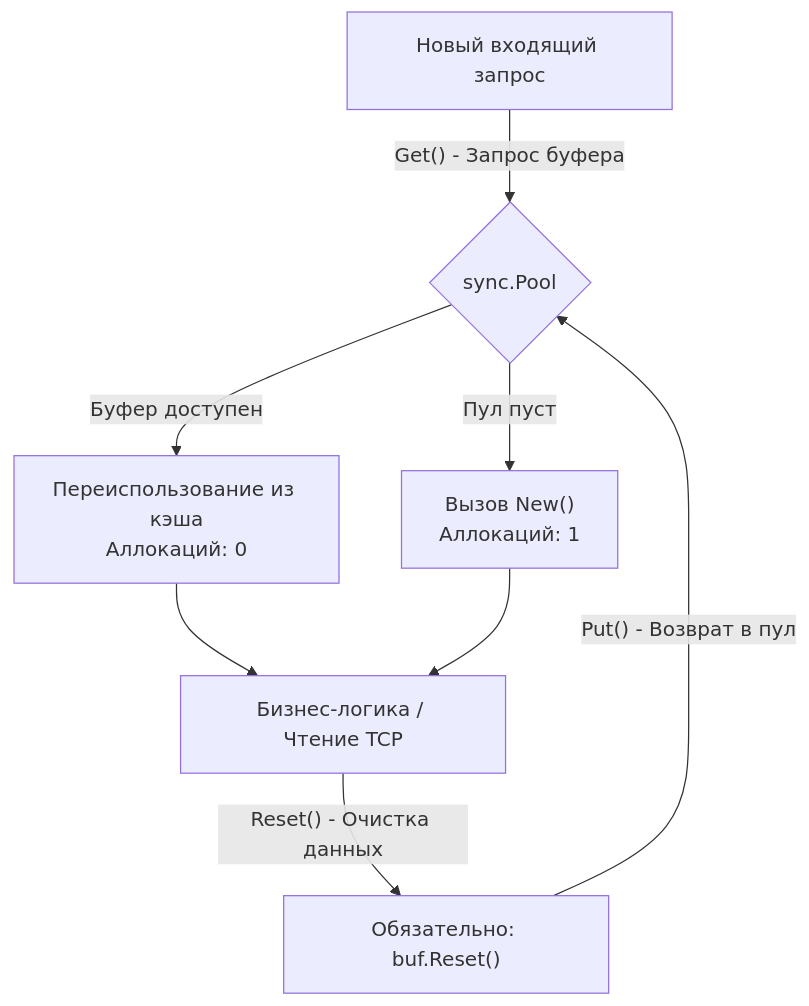
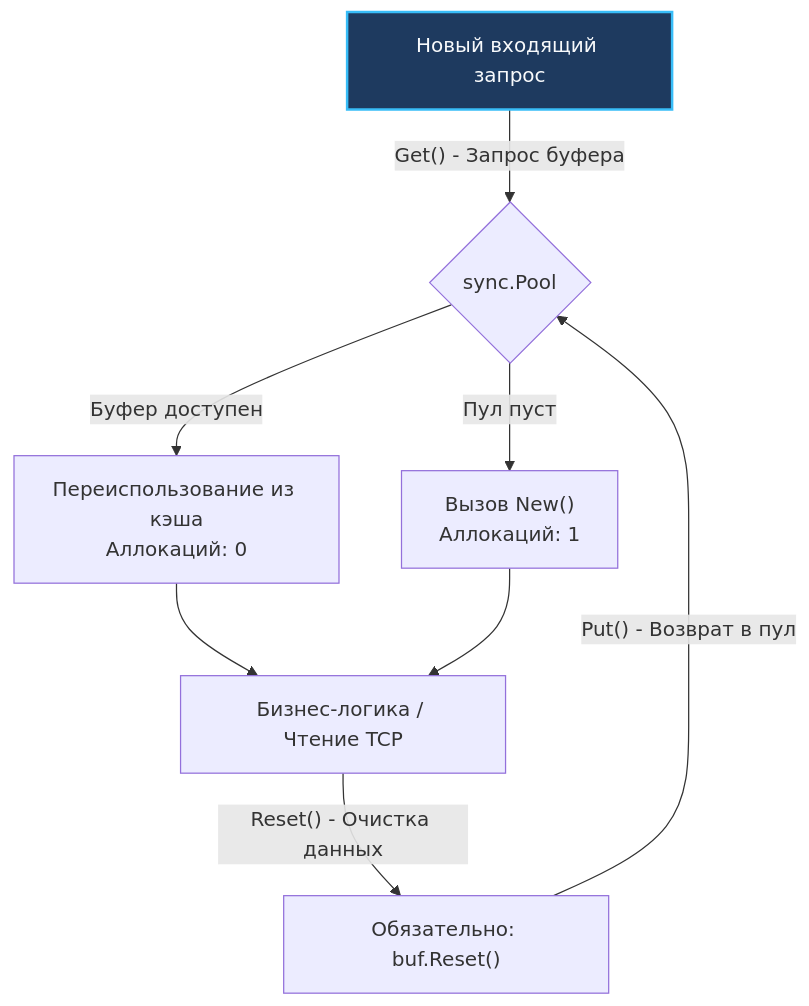
Before and after one commit to UnrealTemplier/go-textbook: the third of 5 diagrams in sources/10. Проектирование API и Сетевые протоколы/39. API performance.md, drawn with Mermaid. The commit also changed other lines of this file and 1666 other files, not shown here.

First line of the commit message:
feat(mermaid): add semantic color classDef to 1369 colorless flowchart/graph diagrams

````diff
--- a/sources/10. Проектирование API и Сетевые протоколы/39. API performance.md
+++ b/sources/10. Проектирование API и Сетевые протоколы/39. API performance.md
@@ -147,13 +167,23 @@
 ```mermaid
 flowchart TD
-    Req["Новый входящий запрос"] -->|"Get() - Запрос буфера"| Pool{"sync.Pool"}
+    classDef process  fill:#1e293b,stroke:#38bdf8,stroke-width:1px,color:#f8fafc
+    classDef success  fill:#064e3b,stroke:#34d399,stroke-width:1px,color:#f8fafc
+    classDef error    fill:#7f1d1d,stroke:#f87171,stroke-width:1px,color:#f8fafc
+    classDef warning  fill:#78350f,stroke:#fbbf24,stroke-width:1px,color:#f8fafc
+    classDef entry    fill:#1e3a5f,stroke:#38bdf8,stroke-width:2px,color:#f8fafc
+    classDef aux      fill:#334155,stroke:#64748b,stroke-width:1px,color:#f8fafc
+    classDef system   fill:#312e81,stroke:#a78bfa,stroke-width:1px,color:#f8fafc
+    classDef data     fill:#132d29,stroke:#2dd4bf,stroke-width:1px,color:#f8fafc
+    classDef network  fill:#881337,stroke:#fb7185,stroke-width:1px,color:#f8fafc
+    classDef accent   fill:#1e1b4b,stroke:#818cf8,stroke-width:1px,color:#f8fafc
+    Req["Новый входящий запрос"]:::entry -->|"Get() - Запрос буфера"| Pool{"sync.Pool"}
     
     Pool -->|"Буфер доступен"| Reuse["Переиспользование из кэша\nАллокаций: 0"]
     Pool -->|"Пул пуст"| New["Вызов New()\nАллокаций: 1"]
     
     Reuse --> Logic["Бизнес-логика / Чтение TCP"]
     New --> Logic
     
     Logic -->|"Reset() - Очистка данных"| Clean["Обязательно: buf.Reset()"]
     Clean -->|"Put() - Возврат в пул"| Pool
 ```
````
